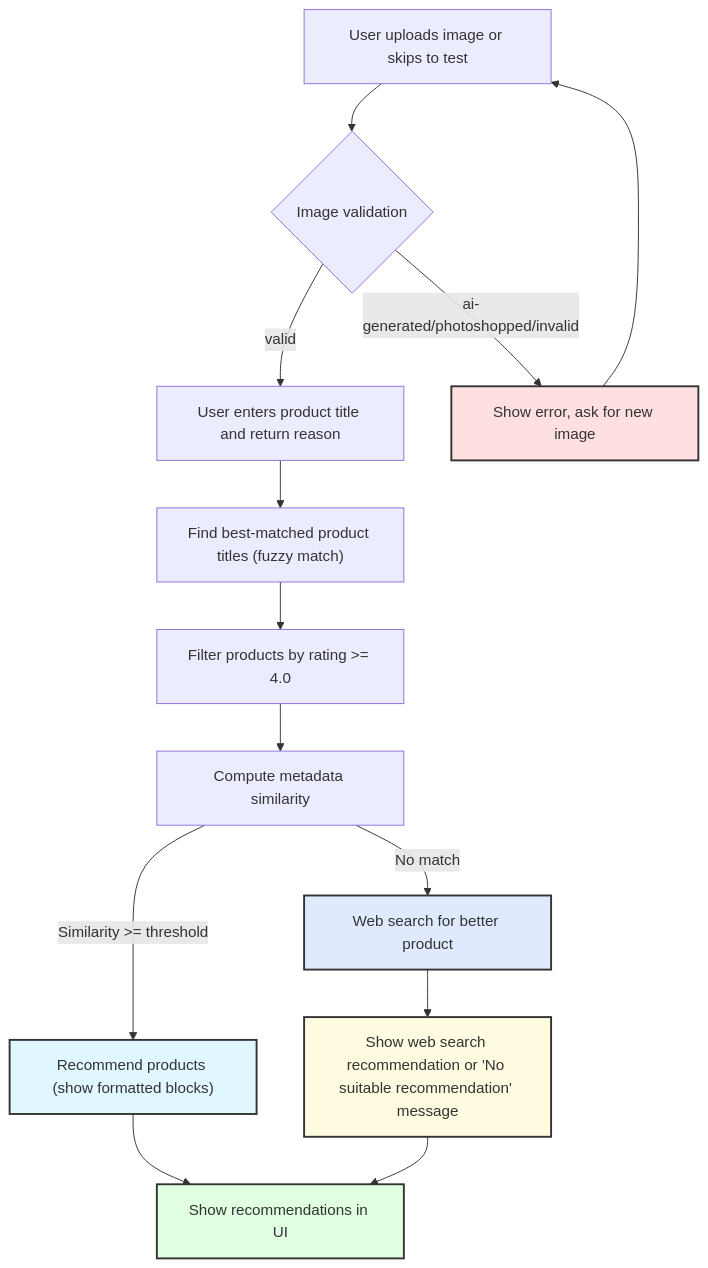
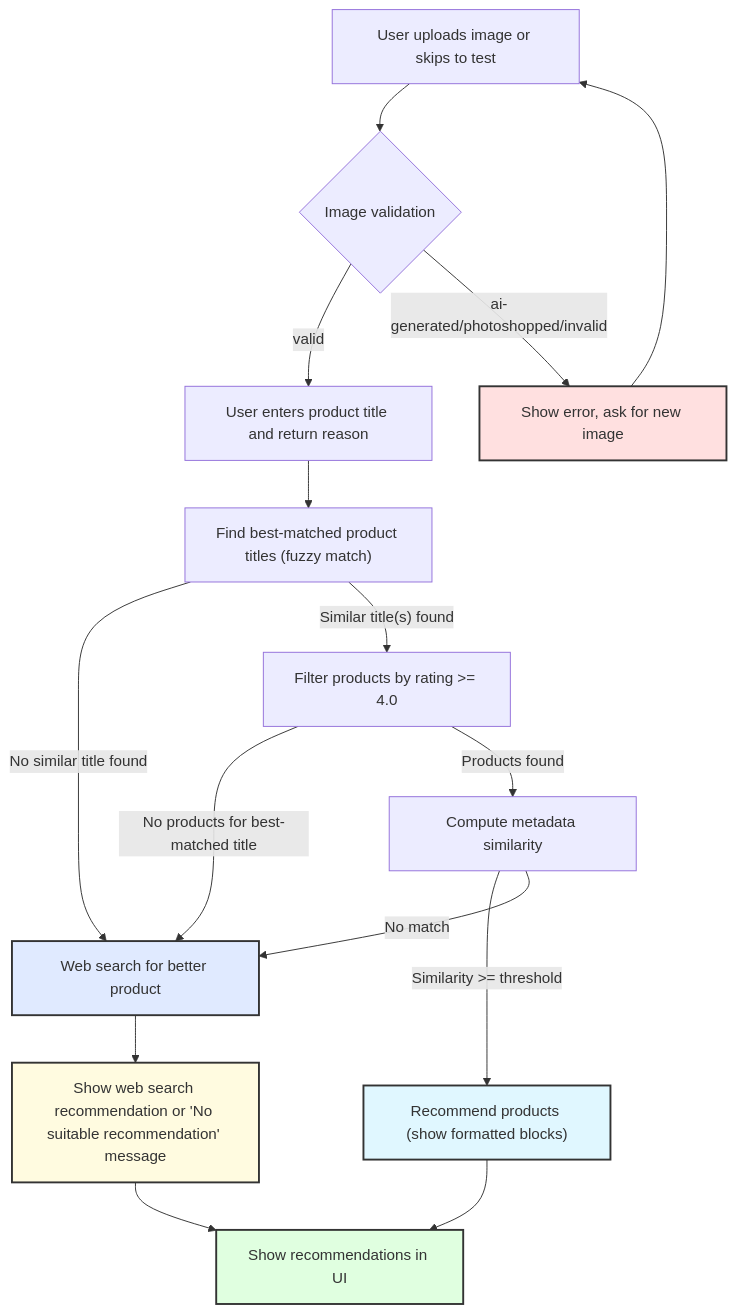
The diagram in workflow.mmd (Wei-MLE-DS/Product_Replacement_Agent), drawn with Mermaid before and after one commit. The commit also changed 13 other files, not shown here.

```diff
--- a/workflow.mmd
+++ b/workflow.mmd
@@ -1,18 +1,20 @@
 flowchart TD
     A["User uploads image or skips to test"] --> B{"Image validation"}
     B -- "valid" --> C["User enters product title and return reason"]
     B -- "ai-generated/photoshopped/invalid" --> D["Show error, ask for new image"]
     C --> E["Find best-matched product titles (fuzzy match)"]
-    E --> F["Filter products by rating >= 4.0"]
-    F --> G["Compute metadata similarity"]
+    E -- "No similar title found" --> W["Web search for better product"]
+    E -- "Similar title(s) found" --> F["Filter products by rating >= 4.0"]
+    F -- "No products for best-matched title" --> W
+    F -- "Products found" --> G["Compute metadata similarity"]
     G -- "Similarity >= threshold" --> H["Recommend products (show formatted blocks)"]
-    G -- "No match" --> W["Web search for better product"]
+    G -- "No match" --> W
     W --> I["Show web search recommendation or 'No suitable recommendation' message"]
     H --> J["Show recommendations in UI"]
     I --> J
     D --> A
     style J fill:#e0ffe0,stroke:#333,stroke-width:2px
     style D fill:#ffe0e0,stroke:#333,stroke-width:2px
     style H fill:#e0f7ff,stroke:#333,stroke-width:2px
     style I fill:#fffbe0,stroke:#333,stroke-width:2px
     style W fill:#e0eaff,stroke:#333,stroke-width:2px 
```
